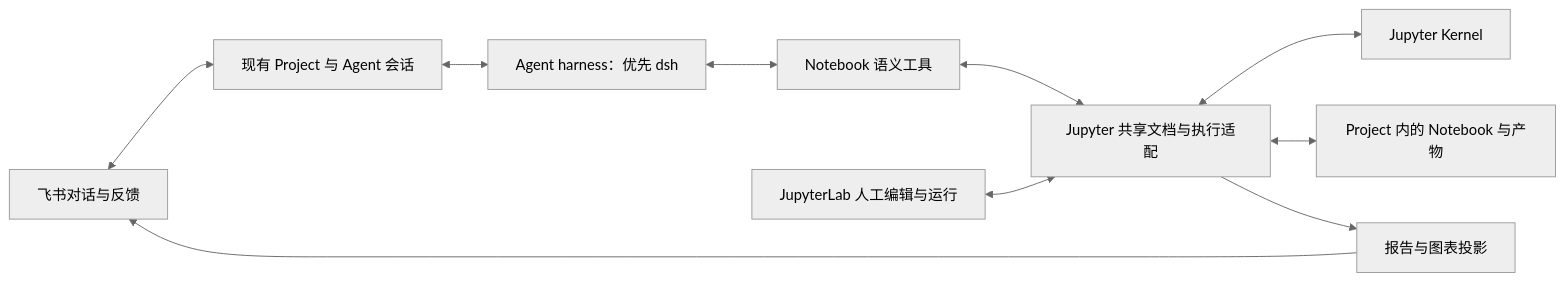
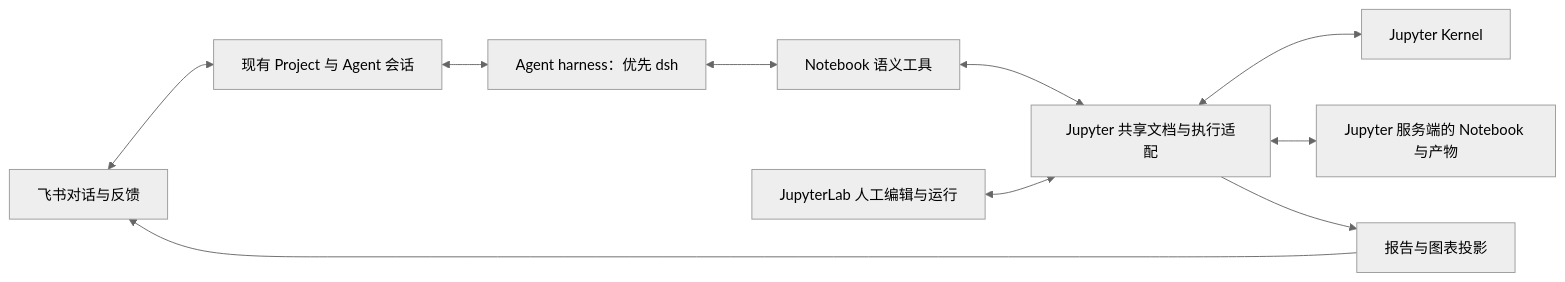
One commit to hs3180/disclaude changed the diagram in docs/designs/jupyter-harness.md. Above: the diagram before and after it, drawn with Mermaid (neutral theme). The commit also changed other lines of this file, not shown here.

Commit message:
docs: place notebook storage under Jupyter services

````diff
--- a/docs/designs/jupyter-harness.md
+++ b/docs/designs/jupyter-harness.md
@@ -27,12 +27,12 @@
 ```mermaid
 flowchart LR
   F[飞书对话与反馈] <--> P[现有 Project 与 Agent 会话]
   P <--> A[Agent harness：优先 dsh]
   A <--> T[Notebook 语义工具]
   T <--> J[Jupyter 共享文档与执行适配]
   H[JupyterLab 人工编辑与运行] <--> J
   J <--> K[Jupyter Kernel]
-  J <--> N[Project 内的 Notebook 与产物]
+  J <--> N[Jupyter 服务端的 Notebook 与产物]
   J --> V[报告与图表投影]
   V --> F
 ```
````
